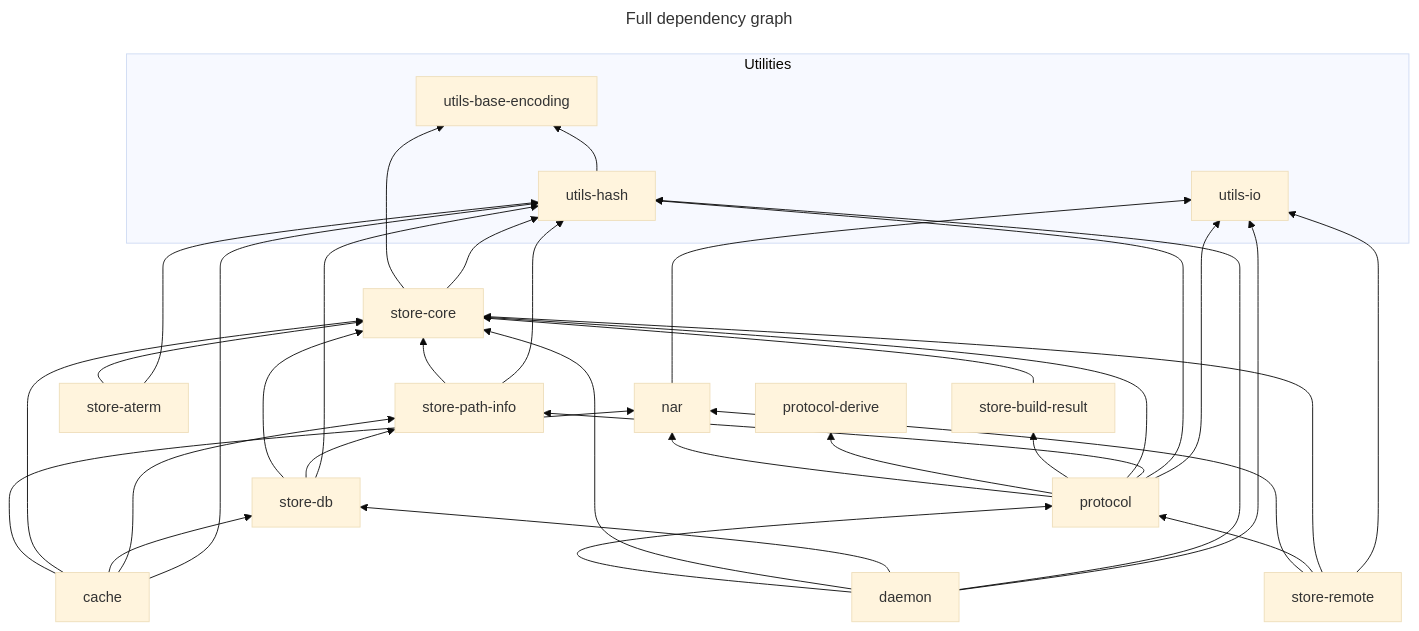
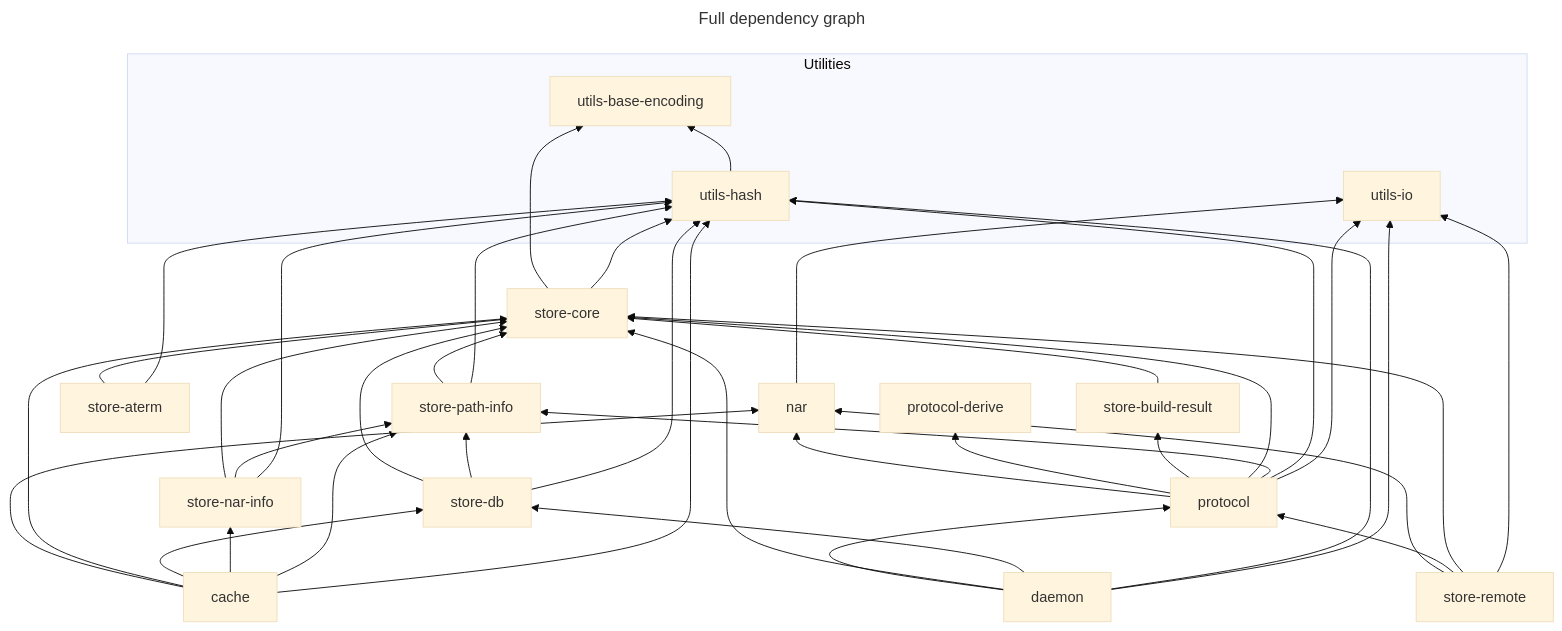
The first of 2 diagrams in docs/architecture/harmonia-store-structure.md (nix-community/harmonia), drawn with Mermaid (base theme) before and after one commit. The commit also changed other lines of this file and 13 other files, not shown here.

First line of the commit message:
Factor out `harmonia-store-nar-info` crate

````diff
--- a/docs/architecture/harmonia-store-structure.md
+++ b/docs/architecture/harmonia-store-structure.md
@@ -74,44 +74,48 @@
 ```mermaid
 ---
 title: Full dependency graph
 ---
 graph BT
     subgraph Utilities
         utils-base-encoding
         utils-hash
         utils-io
     end
     nar --> utils-io
     utils-hash --> utils-base-encoding
     store-core --> utils-base-encoding
     store-core --> utils-hash
     store-aterm --> store-core
     store-aterm --> utils-hash
     store-build-result --> store-core
     store-path-info --> store-core
     store-path-info --> utils-hash
     protocol --> nar
     protocol --> protocol-derive
     protocol --> store-build-result
     protocol --> store-core
     protocol --> store-path-info
     protocol --> utils-hash
     protocol --> utils-io
     store-db --> store-core
     store-db --> store-path-info
     store-db --> utils-hash
+    store-nar-info --> store-core
+    store-nar-info --> store-path-info
+    store-nar-info --> utils-hash
     cache --> nar
     cache --> store-core
     cache --> store-db
+    cache --> store-nar-info
     cache --> store-path-info
     cache --> utils-hash
     daemon --> protocol
     daemon --> store-core
     daemon --> store-db
     daemon --> utils-hash
     daemon --> utils-io
     store-remote --> nar
     store-remote --> protocol
     store-remote --> store-core
     store-remote --> utils-io
 ```
````
